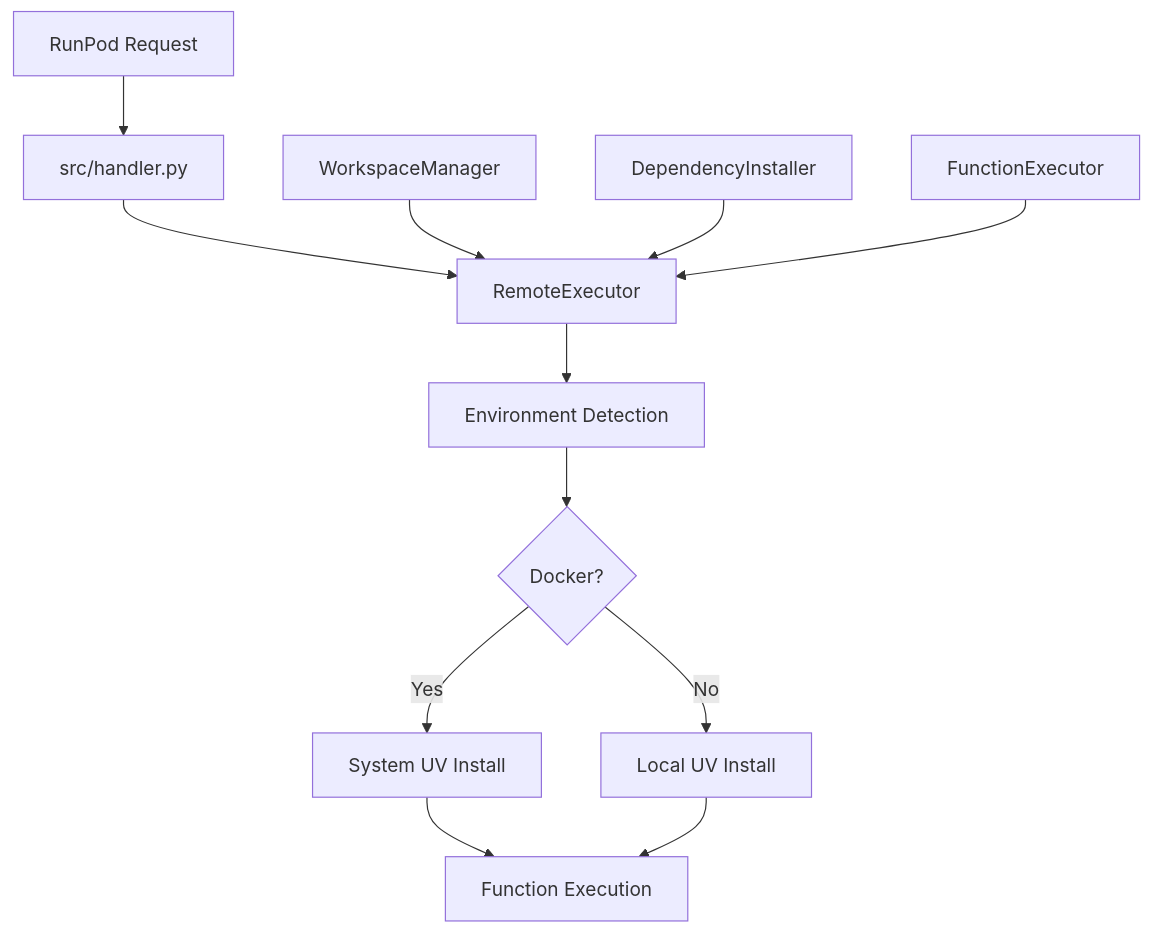
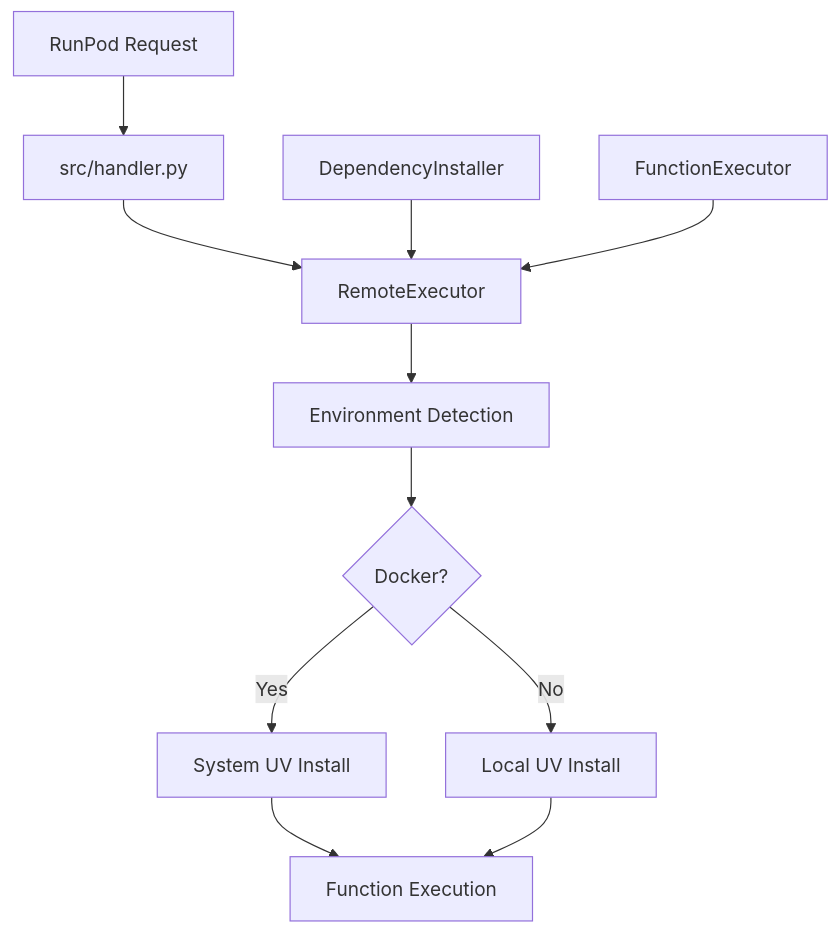
The first of 3 diagrams in docs/System_Python_Runtime_Architecture.md (runpod-workers/worker-tetra), drawn with Mermaid before and after one commit. The commit also changed other lines of this file and 50 other files, not shown here.

````diff
--- a/docs/System_Python_Runtime_Architecture.md
+++ b/docs/System_Python_Runtime_Architecture.md
@@ -11,15 +11,14 @@
 ```mermaid
 graph TD
     A[RunPod Request] --> B[src/handler.py]
     B --> C[RemoteExecutor]
     C --> D[Environment Detection]
     D --> E{Docker?}
     E -->|Yes| F[System UV Install]
     E -->|No| G[Local UV Install]
     F --> H[Function Execution]
     G --> H
 
-    I[WorkspaceManager] --> C
     J[DependencyInstaller] --> C
     K[FunctionExecutor] --> C
 ```
````
